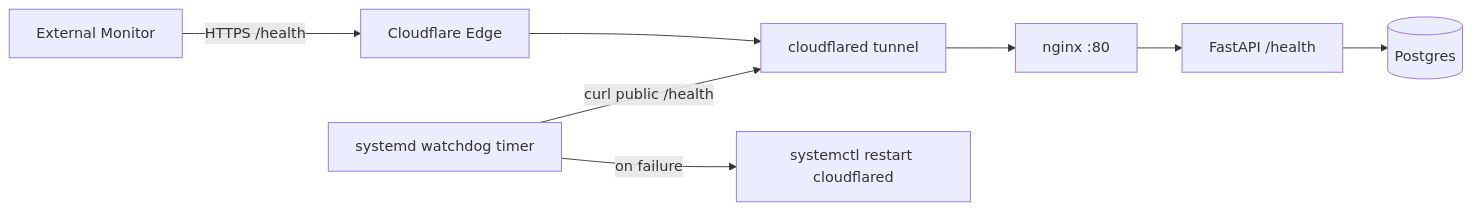
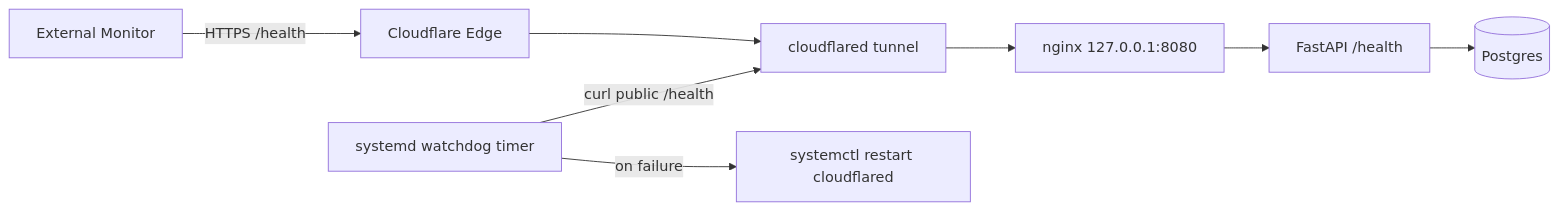
The diagram in docs/cloudflare-tunnel-monitoring.md (NPGrant81/fantasy-football-pi), drawn with Mermaid before and after one commit. The commit also changed other lines of this file and 11 other files, not shown here.

````diff
--- a/docs/cloudflare-tunnel-monitoring.md
+++ b/docs/cloudflare-tunnel-monitoring.md
@@ -16,10 +16,10 @@
 ```mermaid
 flowchart LR
   U[External Monitor] -->|HTTPS /health| CF[Cloudflare Edge]
   CF --> T[cloudflared tunnel]
-  T --> NGINX[nginx :80]
+  T --> NGINX[nginx 127.0.0.1:8080]
   NGINX --> API[FastAPI /health]
   API --> DB[(Postgres)]
   WD[systemd watchdog timer] -->|curl public /health| T
   WD -->|on failure| R[systemctl restart cloudflared]
 ```
````
